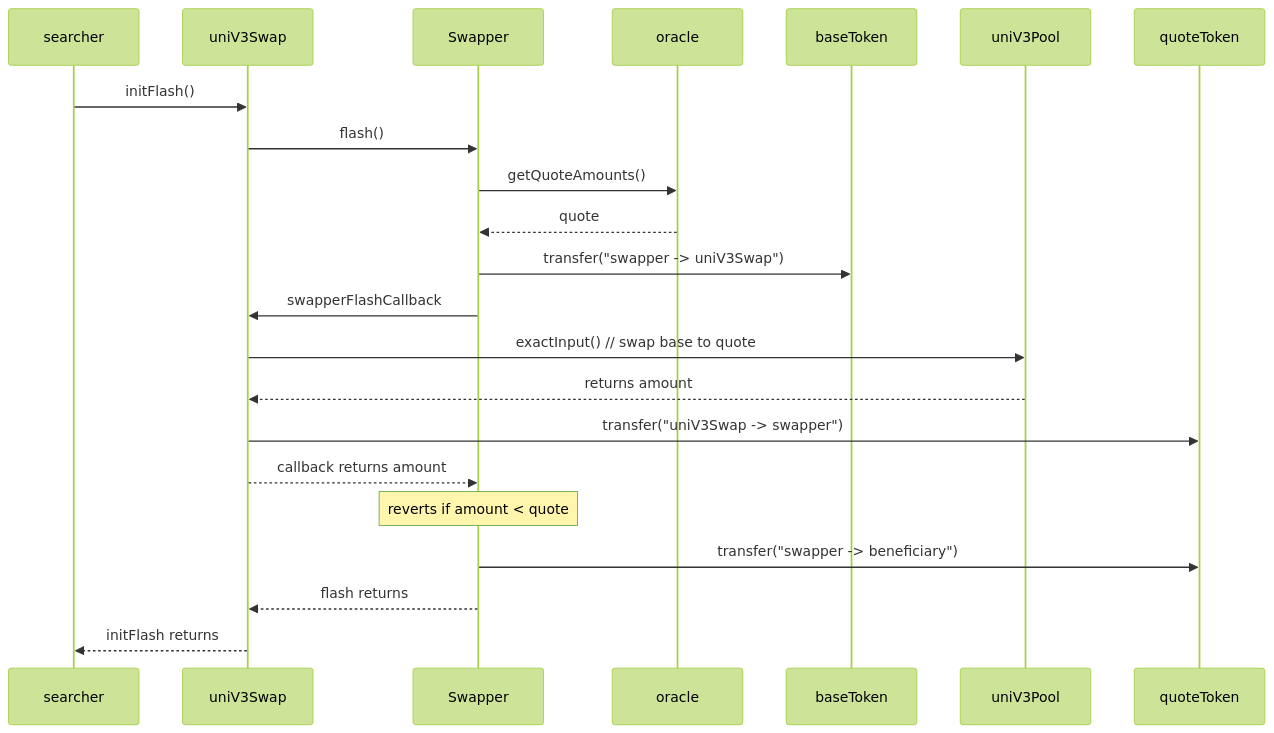
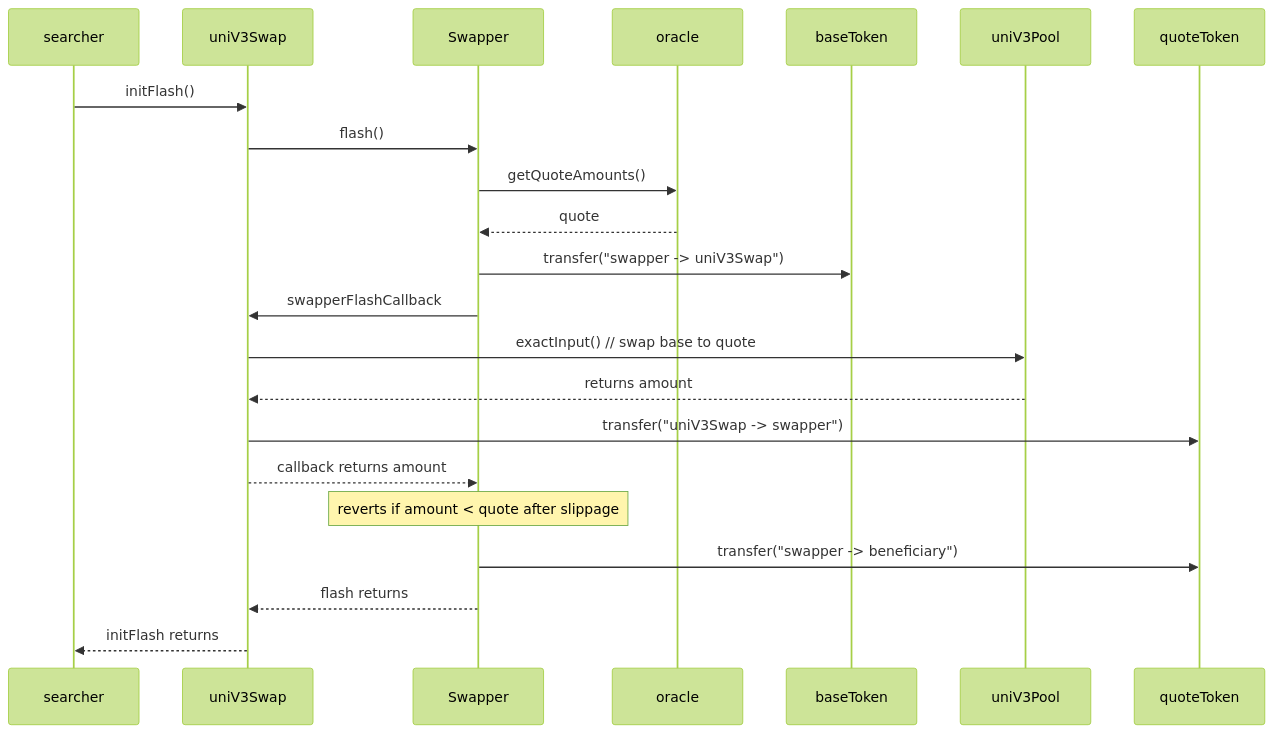
Before and after one commit to ReageMeuFilho/octant-v2-core: the diagram in src/routers-transformers/README.md, drawn with Mermaid (forest theme). The commit also changed other lines of this file, not shown here.

Commit message:
Trader: document frontrunning and slippage recommendations

````diff
--- a/src/routers-transformers/README.md
+++ b/src/routers-transformers/README.md
@@ -35,18 +43,18 @@
 ```mermaid TD
 sequenceDiagram
 
 searcher ->> uniV3Swap: initFlash()
 uniV3Swap ->> Swapper: flash()
 Swapper ->> oracle: getQuoteAmounts()
 oracle -->> Swapper: quote
 Swapper ->> baseToken: transfer("swapper -> uniV3Swap")
 Swapper ->> uniV3Swap: swapperFlashCallback
 uniV3Swap ->> uniV3Pool: exactInput() // swap base to quote
 uniV3Pool -->> uniV3Swap: returns amount
 uniV3Swap ->> quoteToken: transfer("uniV3Swap -> swapper")
 uniV3Swap -->> Swapper: callback returns amount
-note over Swapper: reverts if amount < quote
+note over Swapper: reverts if amount < quote after slippage
 Swapper ->> quoteToken: transfer("swapper -> beneficiary")
 Swapper -->> uniV3Swap: flash returns
 uniV3Swap -->> searcher: initFlash returns
 ```
````
